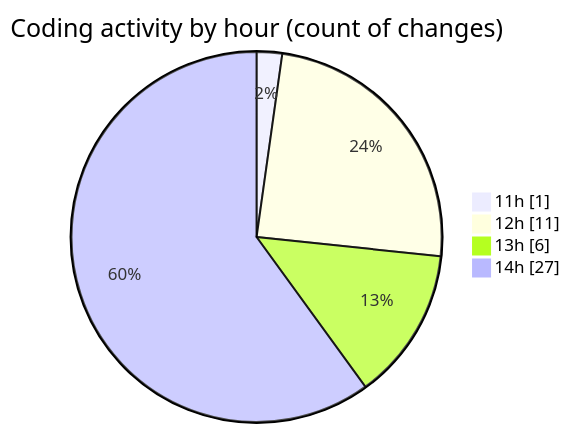
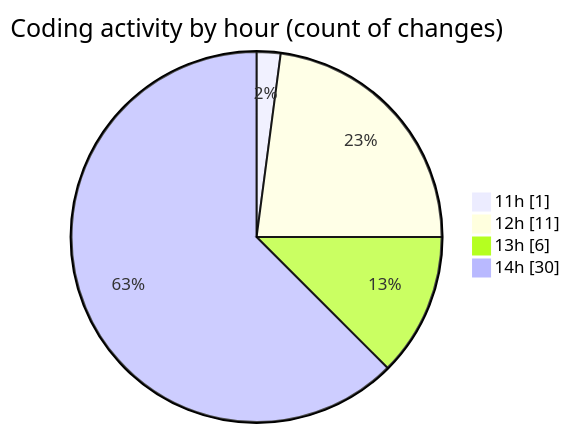
Before and after one commit to momahboobian/code-tracking: the second of 2 diagrams in 2026-03-24/cda/README.md, drawn with Mermaid. The commit also changed other lines of this file and 1 other file, not shown here.

````diff
--- a/2026-03-24/cda/README.md
+++ b/2026-03-24/cda/README.md
@@ -38,8 +38,8 @@
 ```mermaid
 pie showData
 title Coding activity by hour (count of changes)
 "11h" : 1
 "12h" : 11
 "13h" : 6
-"14h" : 27
+"14h" : 30
 ```
````
